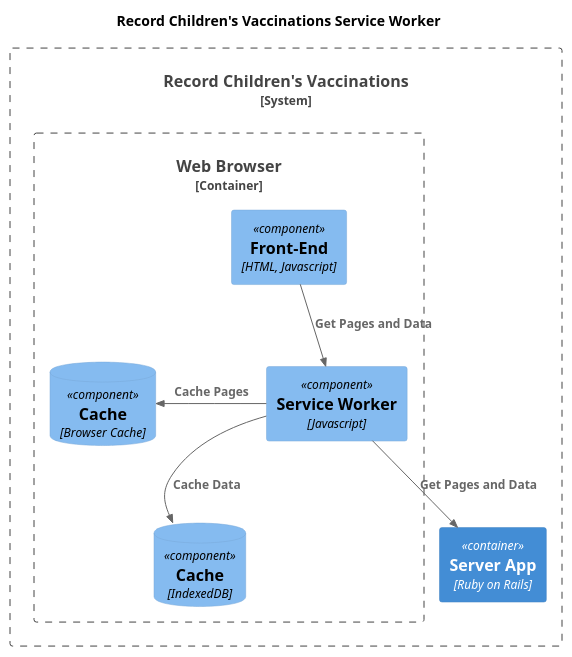
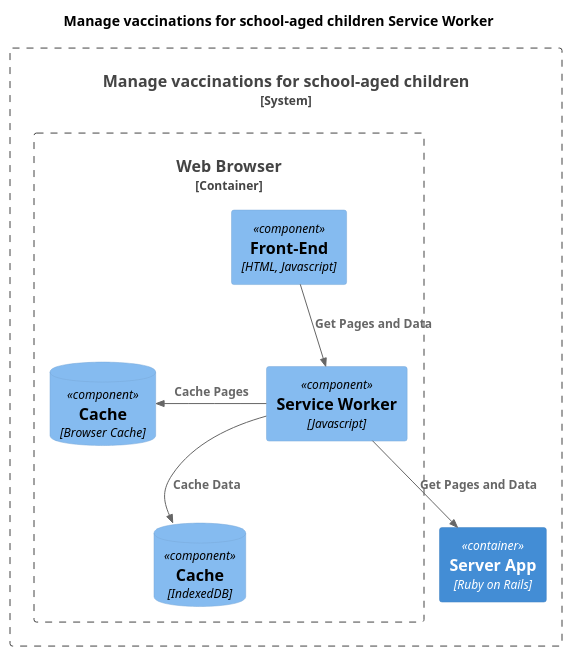
One commit to nhsuk/manage-vaccinations-in-schools changed the diagram in docs/diagrams/service-worker.puml. Above: the diagram before and after it, drawn with PlantUML. The commit also changed 12 other files, not shown here.

Commit message:
Rename service to Manage vaccinations for school-aged children

```diff
--- a/docs/diagrams/service-worker.puml
+++ b/docs/diagrams/service-worker.puml
@@ -1,26 +1,26 @@
 @startuml
 
-title Record Children's Vaccinations Service Worker
+title Manage vaccinations for school-aged children Service Worker
 
 !include <C4/C4_Component.puml>
 
 LAYOUT_TOP_DOWN()
 
-System_Boundary(record, "Record Children's Vaccinations") {
+System_Boundary(record, "Manage vaccinations for school-aged children") {
   Container_Boundary(browser, "Web Browser") {
     Component(frontend, "Front-End", "HTML, Javascript")
     Component(serviceWorker, "Service Worker", "Javascript")
     ComponentDb(indexedDB, "Cache", "IndexedDB")
     ComponentDb(cacheDB, "Cache", "Browser Cache")
   }
 
   Container(server, "Server App", "Ruby on Rails")
 }
 
 Lay_D(cacheDB, indexedDB)
 Rel(frontend, serviceWorker, "Get Pages and Data")
 Rel(serviceWorker, indexedDB, "Cache Data")
 Rel_L(serviceWorker, cacheDB, "Cache Pages")
 Rel(serviceWorker, server, "Get Pages and Data")
 
 @enduml
```
